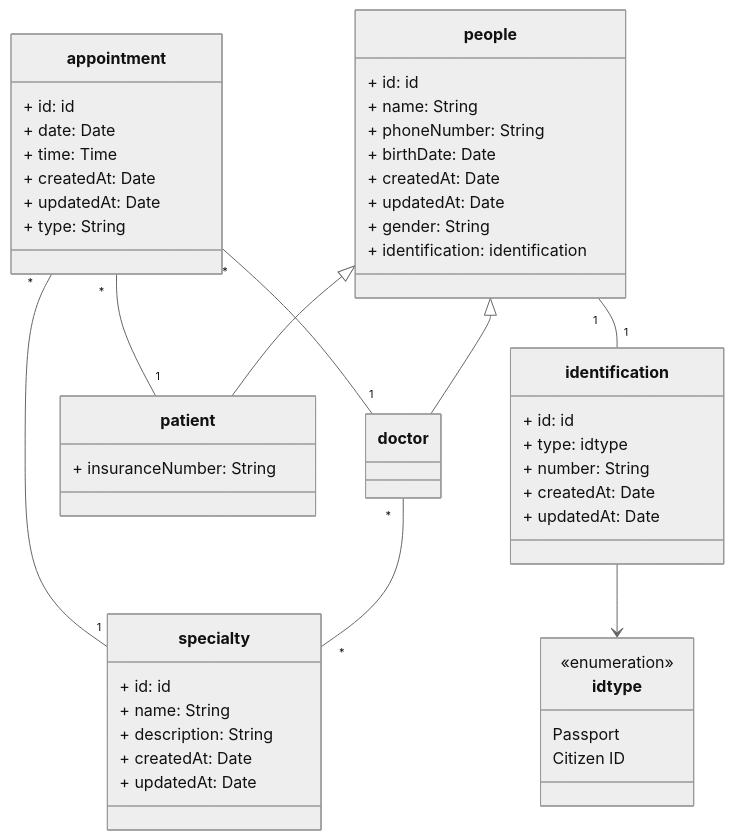
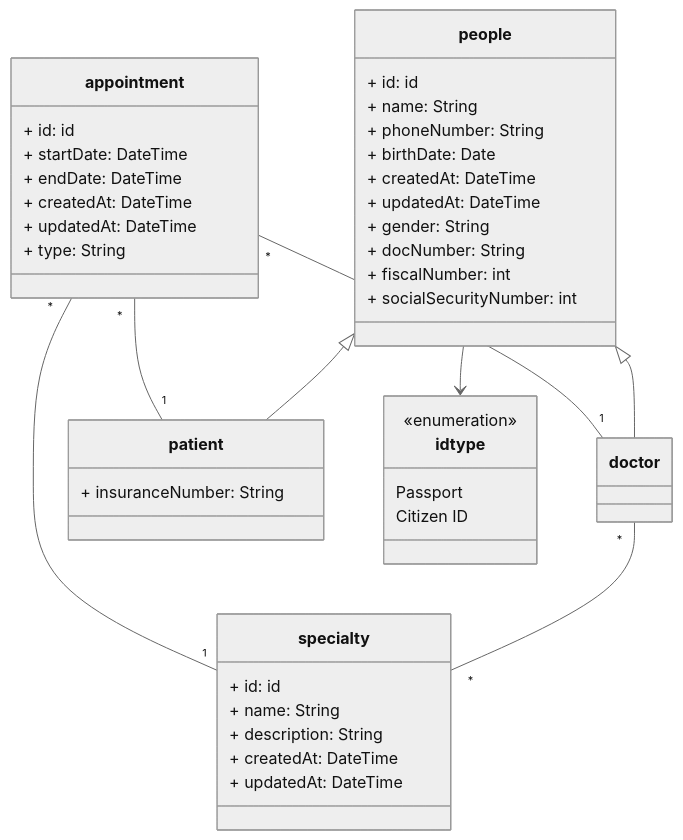
One commit to fimonteiro-deloitte/Porto-FullStack-HospitalEx changed the diagram in UMLs/usecasediagram.mmd. Above: the diagram before and after it, drawn with Mermaid (neutral theme).

Commit message:
Use Case Diagram v1 up

```diff
--- a/UMLs/usecasediagram.mmd
+++ b/UMLs/usecasediagram.mmd
@@ -1,64 +1,58 @@
 classDiagram
 
 people <|-- doctor
 people <|-- patient
 
 class people {
   + id: id
   + name: String
   + phoneNumber: String
   + birthDate: Date
-  + createdAt: Date
-  + updatedAt: Date
+  + createdAt: DateTime
+  + updatedAt: DateTime
   + gender: String
-  + identification: identification
+  + docNumber: String
+  + fiscalNumber: int
+  + socialSecurityNumber: int
 }
 
 class doctor {
 }
 
 class patient {
   + insuranceNumber: String
 }
 
 
 class appointment {
   + id: id
-  + date: Date
-  + time: Time
-  + createdAt: Date
-  + updatedAt: Date
+  + startDate: DateTime
+  + endDate: DateTime
+  + createdAt: DateTime
+  + updatedAt: DateTime 
   + type: String
 }
 
 class specialty {
   + id: id
   + name: String
   + description: String
-  + createdAt: Date
-  + updatedAt: Date
+  + createdAt: DateTime
+  + updatedAt: DateTime
 }
 
  class idtype {
     <<enumeration>>         
     Passport         
     Citizen ID            
   }
 
-class identification {
-  + id: id
-  + type: idtype
-  + number: String
-  + createdAt: Date
-  + updatedAt: Date
-}
 
 doctor "*" -- "*" specialty 
 appointment "*" -- "1" specialty
 
 
 appointment "*" -- "1" doctor
 appointment "*" -- "1" patient
 
-people "1" -- "1" identification
-identification --> idtype
+people --> idtype
```
